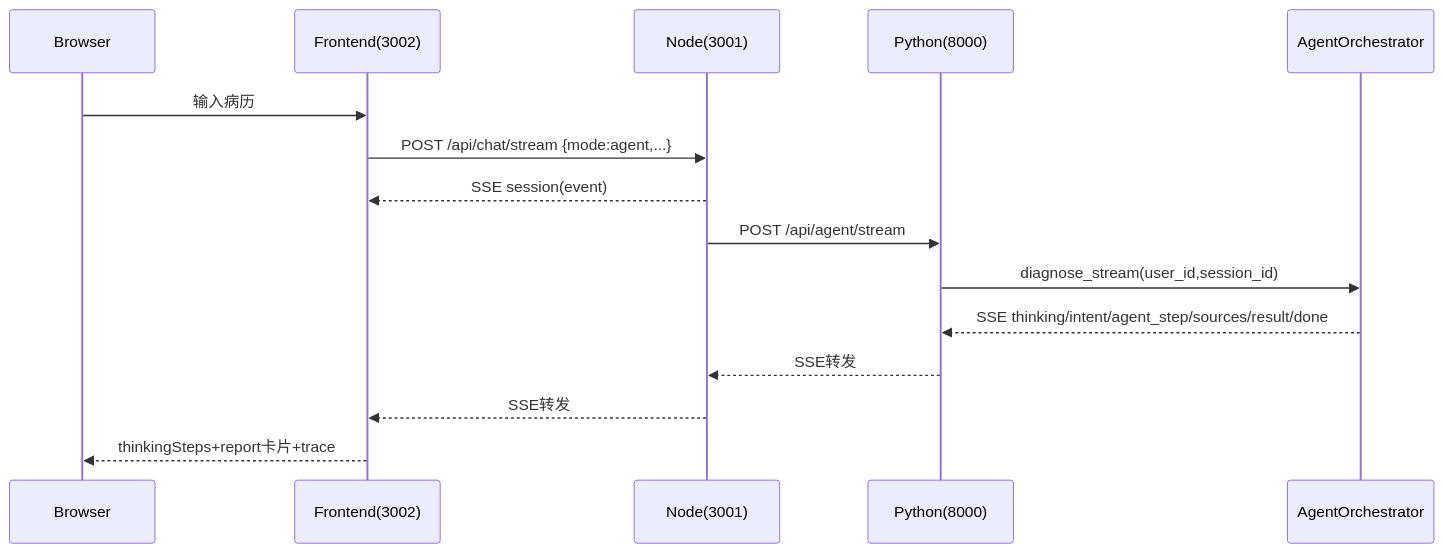
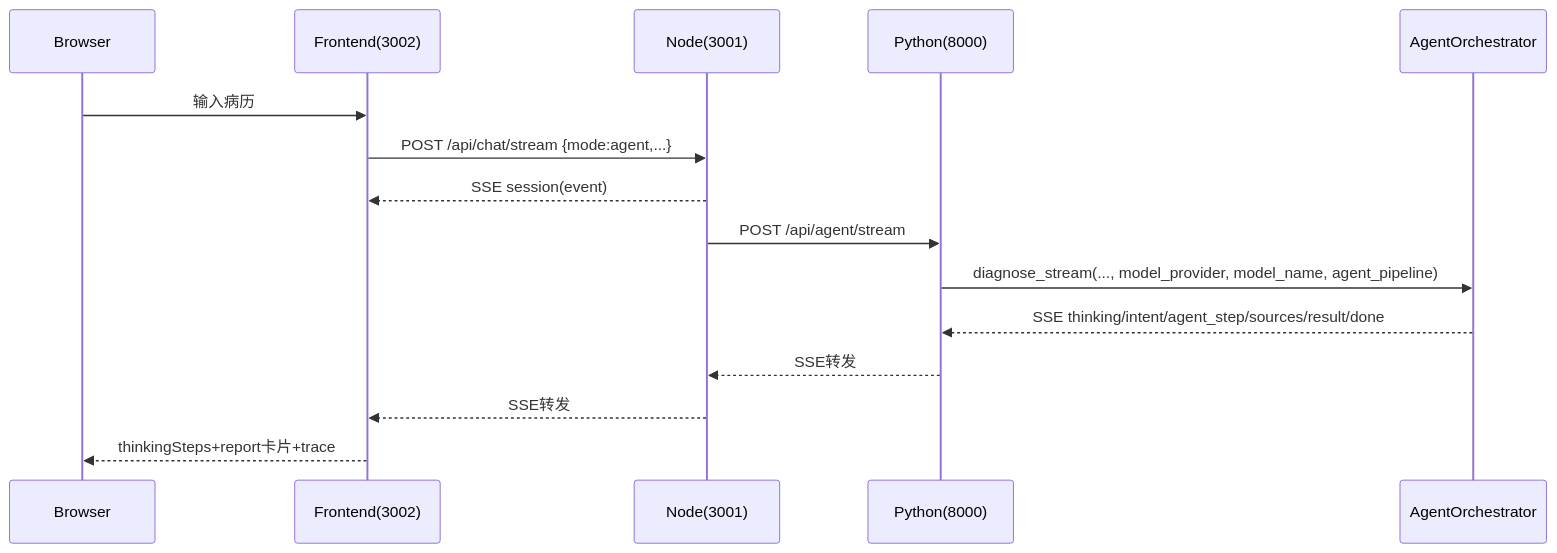
Before and after one commit to ShukuangYao/medical-ai: the third of 4 diagrams in docs/design.md, drawn with Mermaid. The commit also changed other lines of this file and 30 other files, not shown here.

````diff
--- a/docs/design.md
+++ b/docs/design.md
@@ -203,18 +204,18 @@
 ```mermaid
 sequenceDiagram
   participant B as Browser
   participant F as Frontend(3002)
   participant N as Node(3001)
   participant P as Python(8000)
   participant A as AgentOrchestrator
 
   B->>F: 输入病历
   F->>N: POST /api/chat/stream {mode:agent,...}
   N-->>F: SSE session(event)
   N->>P: POST /api/agent/stream
-  P->>A: diagnose_stream(user_id,session_id)
+  P->>A: diagnose_stream(..., model_provider, model_name, agent_pipeline)
   A-->>P: SSE thinking/intent/agent_step/sources/result/done
   P-->>N: SSE转发
   N-->>F: SSE转发
   F-->>B: thinkingSteps+report卡片+trace
 ```
````
